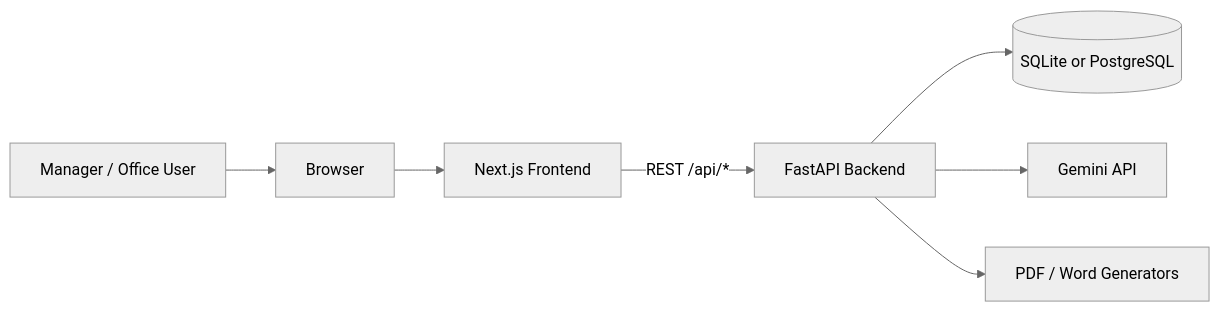
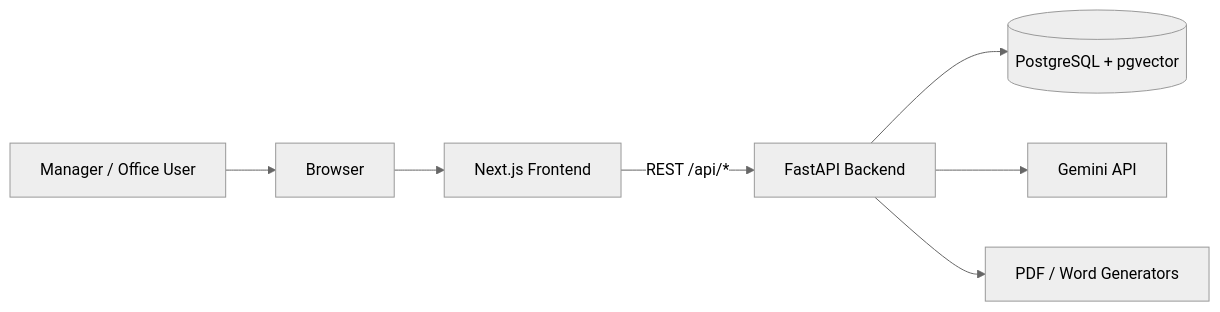
The first of 9 diagrams in docs/architecture-diagrams.md (aliendevit/mini_erp_ai), drawn with Mermaid (neutral theme) before and after one commit. The commit also changed other lines of this file and 51 other files, not shown here.

````diff
--- a/docs/architecture-diagrams.md
+++ b/docs/architecture-diagrams.md
@@ -7,17 +7,17 @@
 ```mermaid
 flowchart LR
     Manager[Manager / Office User]
     Browser[Browser]
     Frontend[Next.js Frontend]
     Backend[FastAPI Backend]
-    DB[(SQLite or PostgreSQL)]
+    DB[(PostgreSQL + pgvector)]
     Gemini[Gemini API]
     Docs[PDF / Word Generators]
 
     Manager --> Browser
     Browser --> Frontend
     Frontend -->|REST /api/*| Backend
     Backend --> DB
     Backend --> Gemini
     Backend --> Docs
 ```
````
